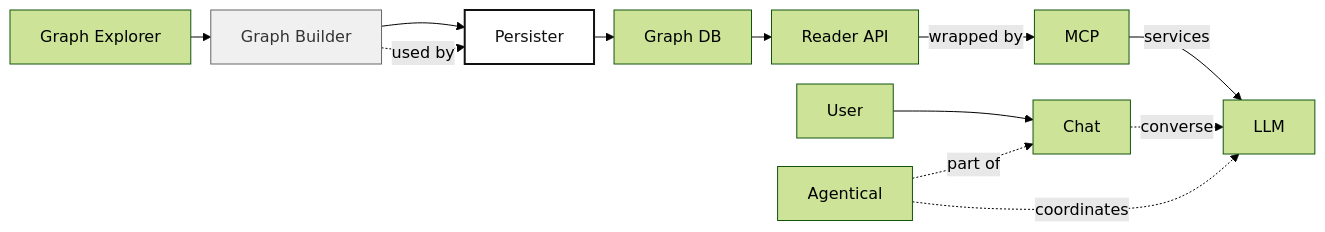
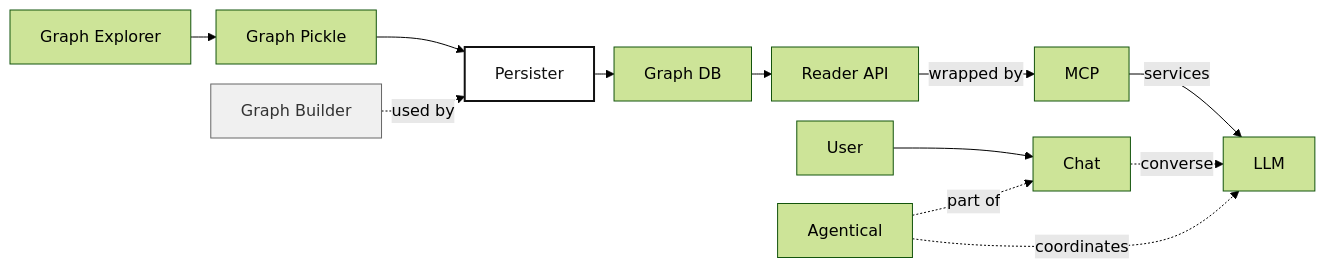
Before and after one commit to beanone/graph_persister: the diagram in README.md, drawn with Mermaid (forest theme).

````diff
--- a/README.md
+++ b/README.md
@@ -11,19 +11,19 @@
 ```mermaid
 %%{init: {'flowchart': {'nodeSpacing': 20, 'rankSpacing': 20}} }%%
 flowchart LR
-    A[Graph Explorer] --> G[Graph Pickle]
-    G --> B[Persister]
+    A[Graph Explorer] --> H[Graph Pickle]
+    H --> B[Persister]
     B --> C[Graph DB]
     C --> D[Reader API]
     D -->|wrapped by| E[MCP]
     E -->|services| L[LLM]
 
     G[Graph Builder] -.->|used by| B
     User --> T[Chat]
     F[Agentical] -.->|part of| T
     T -.->|converse| L
     F -.->|coordinates| L    
 
     style B fill:#fff,stroke:#111,stroke-width:2px,color:#111
     style G fill:#f0f0f0,stroke:#666,stroke-width:1px,color:#333
 ```
````
